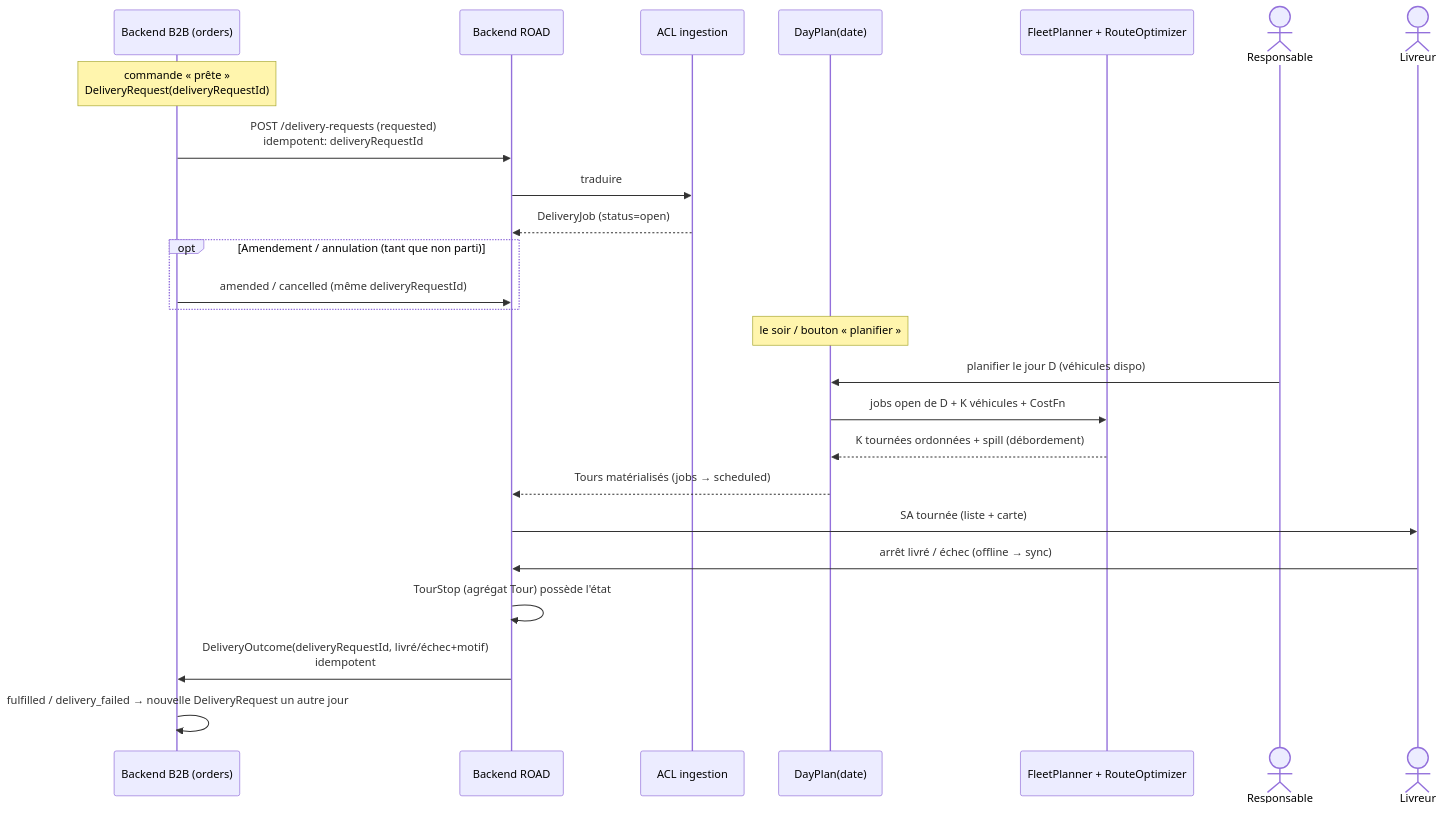
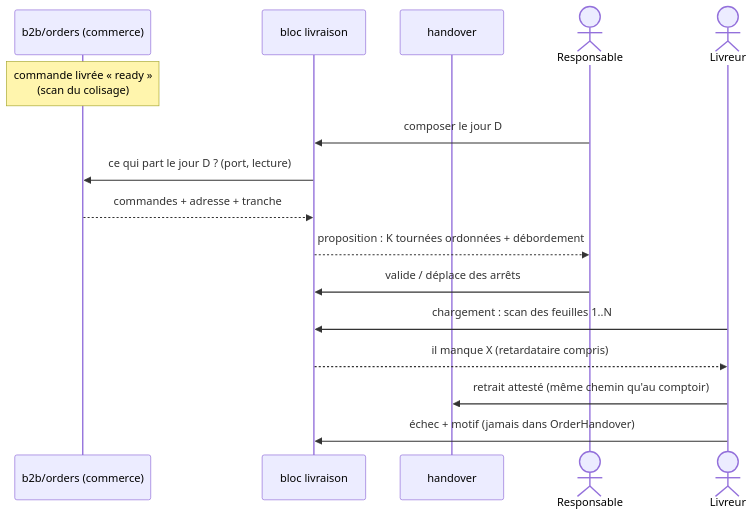
Before and after one commit to hugoheynard/lfd: the first of 3 diagrams in documentation/livraisons/architecture-road-livraison-tournees.md, drawn with Mermaid. The commit also changed other lines of this file and 2 other files, not shown here.

First line of the commit message:
docs(livraisons): les tournées ne sont plus une application séparée

````diff
--- a/documentation/livraisons/architecture-road-livraison-tournees.md
+++ b/documentation/livraisons/architecture-road-livraison-tournees.md
@@ -70,28 +99,19 @@
 ```mermaid
 sequenceDiagram
-    participant B2B as Backend B2B (orders)
-    participant ROAD as Backend ROAD
-    participant ACL as ACL ingestion
-    participant Day as DayPlan(date)
-    participant Plan as FleetPlanner + RouteOptimizer
+    participant Com as b2b/orders (commerce)
+    participant Liv as bloc livraison
+    participant Ho as handover
     actor Resp as Responsable
     actor Livreur
 
-    Note over B2B: commande « prête »<br/>DeliveryRequest(deliveryRequestId)
-    B2B->>ROAD: POST /delivery-requests (requested)<br/>idempotent: deliveryRequestId
-    ROAD->>ACL: traduire
-    ACL-->>ROAD: DeliveryJob (status=open)
-    opt Amendement / annulation (tant que non parti)
-        B2B->>ROAD: amended / cancelled (même deliveryRequestId)
-    end
-    Note over Day: le soir / bouton « planifier »
-    Resp->>Day: planifier le jour D (véhicules dispo)
-    Day->>Plan: jobs open de D + K véhicules + CostFn
-    Plan-->>Day: K tournées ordonnées + spill (débordement)
-    Day-->>ROAD: Tours matérialisés (jobs → scheduled)
-    ROAD->>Livreur: SA tournée (liste + carte)
-    Livreur->>ROAD: arrêt livré / échec (offline → sync)
-    ROAD->>ROAD: TourStop (agrégat Tour) possède l'état
-    ROAD->>B2B: DeliveryOutcome(deliveryRequestId, livré/échec+motif)<br/>idempotent
-    B2B->>B2B: fulfilled / delivery_failed → nouvelle DeliveryRequest un autre jour
+    Note over Com: commande livrée « ready »<br/>(scan du colisage)
+    Resp->>Liv: composer le jour D
+    Liv->>Com: ce qui part le jour D ? (port, lecture)
+    Com-->>Liv: commandes + adresse + tranche
+    Liv-->>Resp: proposition : K tournées ordonnées + débordement
+    Resp->>Liv: valide / déplace des arrêts
+    Livreur->>Liv: chargement : scan des feuilles 1..N
+    Liv-->>Livreur: il manque X (retardataire compris)
+    Livreur->>Ho: retrait attesté (même chemin qu'au comptoir)
+    Livreur->>Liv: échec + motif (jamais dans OrderHandover)
 ```
````
